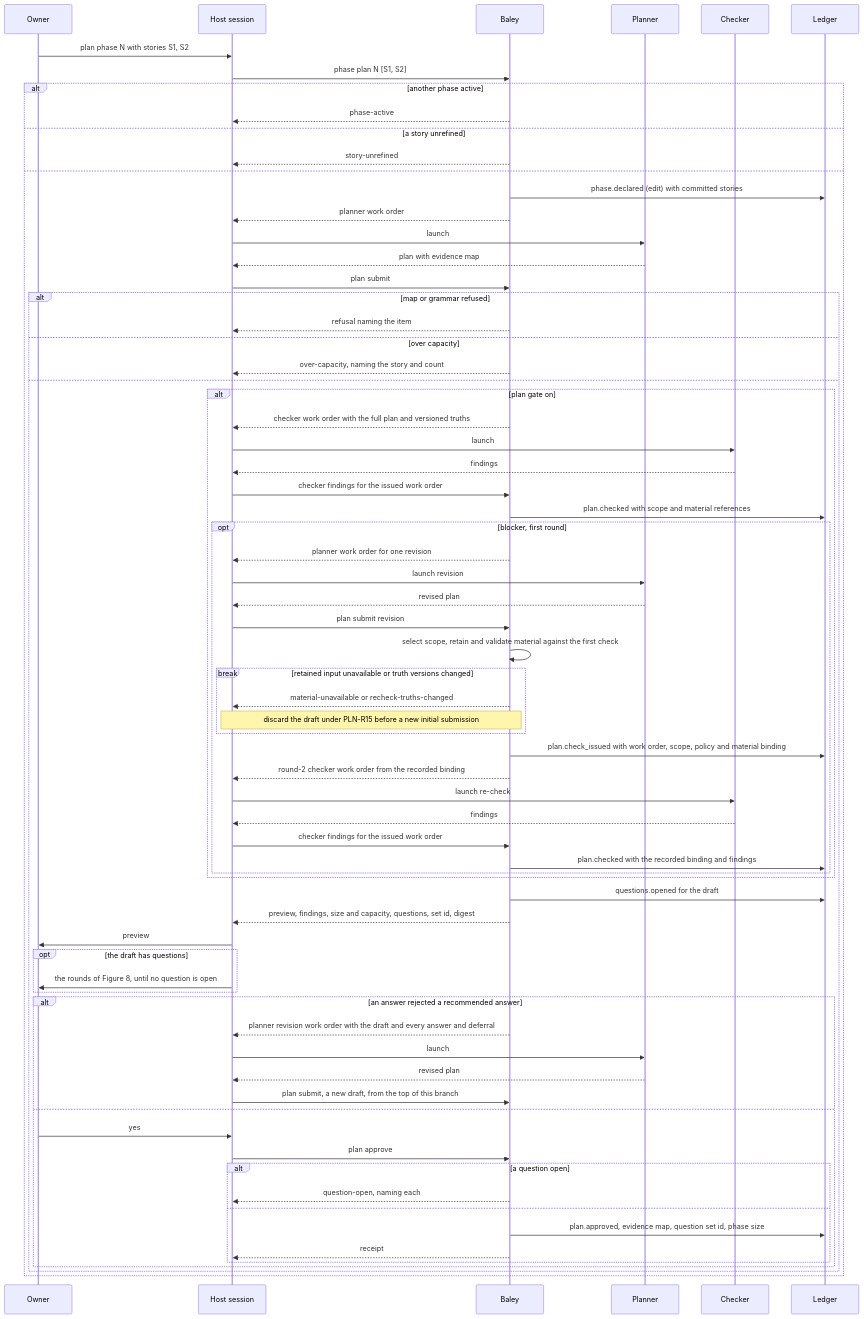
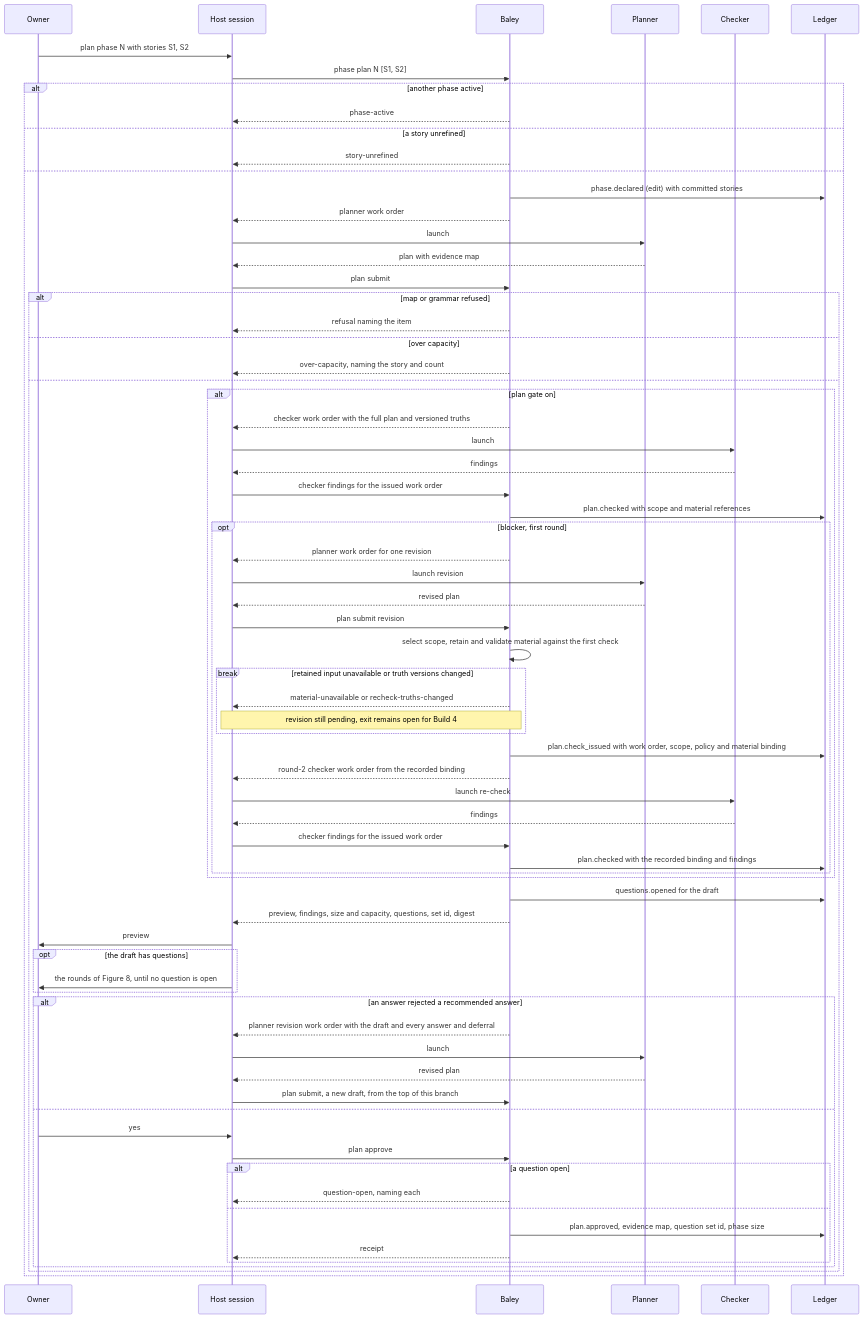
One commit to crenshawdev/baley changed the sixth of 8 diagrams in docs/design/0005-context-plans-and-acceptance.md. Above: the diagram before and after it, drawn with Mermaid. The commit also changed other lines of this file and 2 other files, not shown here.

````diff
--- a/docs/design/0005-context-plans-and-acceptance.md
+++ b/docs/design/0005-context-plans-and-acceptance.md
@@ -455,73 +455,73 @@
 ```mermaid
 sequenceDiagram
   participant O as Owner
   participant H as Host session
   participant B as Baley
   participant P as Planner
   participant C as Checker
   participant L as Ledger
   O->>H: plan phase N with stories S1, S2
   H->>B: phase plan N [S1, S2]
   alt another phase active
     B-->>H: phase-active
   else a story unrefined
     B-->>H: story-unrefined
   else
     B->>L: phase.declared (edit) with committed stories
     B-->>H: planner work order
     H->>P: launch
     P-->>H: plan with evidence map
     H->>B: plan submit
     alt map or grammar refused
       B-->>H: refusal naming the item
     else over capacity
       B-->>H: over-capacity, naming the story and count
     else
       alt plan gate on
         B-->>H: checker work order with the full plan and versioned truths
         H->>C: launch
         C-->>H: findings
         H->>B: checker findings for the issued work order
         B->>L: plan.checked with scope and material references
         opt blocker, first round
           B-->>H: planner work order for one revision
           H->>P: launch revision
           P-->>H: revised plan
           H->>B: plan submit revision
           B->>B: select scope, retain and validate material against the first check
           break retained input unavailable or truth versions changed
             B-->>H: material-unavailable or recheck-truths-changed
-            Note over H,B: discard the draft under PLN-R15 before a new initial submission
+            Note over H,B: revision still pending, exit remains open for Build 4
           end
           B->>L: plan.check_issued with work order, scope, policy and material binding
           B-->>H: round-2 checker work order from the recorded binding
           H->>C: launch re-check
           C-->>H: findings
           H->>B: checker findings for the issued work order
           B->>L: plan.checked with the recorded binding and findings
         end
       end
       B->>L: questions.opened for the draft
       B-->>H: preview, findings, size and capacity, questions, set id, digest
       H->>O: preview
       opt the draft has questions
         H->>O: the rounds of Figure 8, until no question is open
       end
       alt an answer rejected a recommended answer
         B-->>H: planner revision work order with the draft and every answer and deferral
         H->>P: launch
         P-->>H: revised plan
         H->>B: plan submit, a new draft, from the top of this branch
       else
         O->>H: yes
         H->>B: plan approve
         alt a question open
           B-->>H: question-open, naming each
         else
           B->>L: plan.approved, evidence map, question set id, phase size
           B-->>H: receipt
         end
       end
     end
   end
 ```
````
